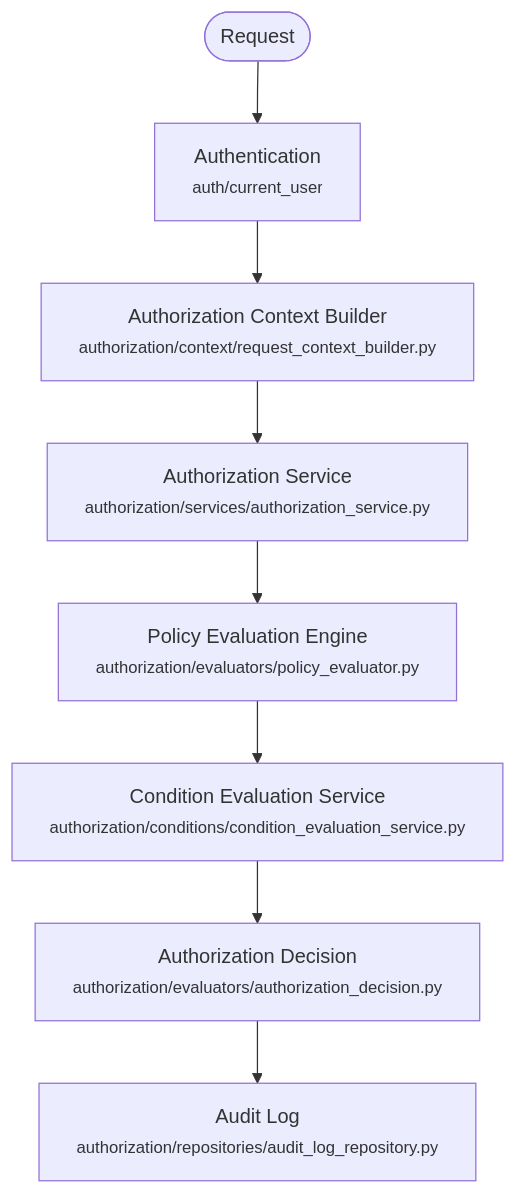
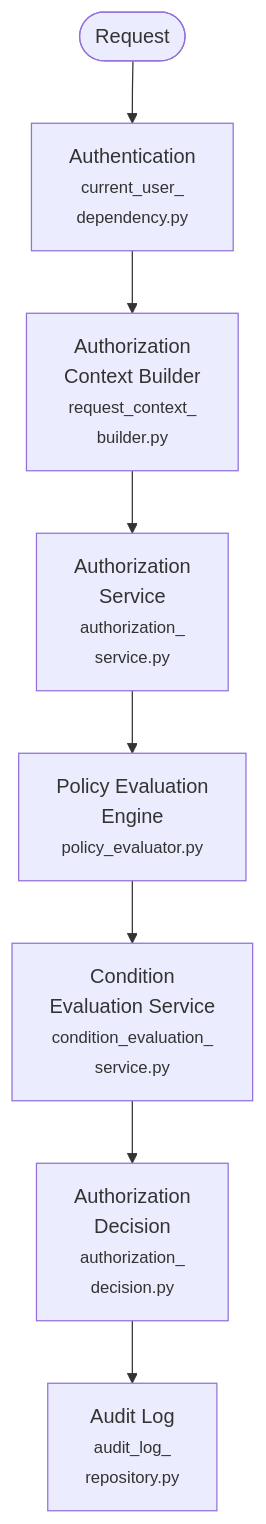
The diagram in docs/mystic_auth/authorization/architecture.md (Nachiket-2024/mystic-auth), drawn with Mermaid before and after one commit. The commit also changed 305 other files, not shown here.

````diff
--- a/docs/mystic_auth/authorization/architecture.md
+++ b/docs/mystic_auth/authorization/architecture.md
@@ -5,13 +5,13 @@
 ```mermaid
 flowchart TD
     Request(["Request"])
-    Auth["Authentication<br/><small>auth/current_user</small>"]
-    Ctx["Authorization Context Builder<br/><small>authorization/context/request_context_builder.py</small>"]
-    Svc["Authorization Service<br/><small>authorization/services/authorization_service.py</small>"]
-    Eng["Policy Evaluation Engine<br/><small>authorization/evaluators/policy_evaluator.py</small>"]
-    Cond["Condition Evaluation Service<br/><small>authorization/conditions/condition_evaluation_service.py</small>"]
-    Dec["Authorization Decision<br/><small>authorization/evaluators/authorization_decision.py</small>"]
-    Log["Audit Log<br/><small>authorization/repositories/audit_log_repository.py</small>"]
+    Auth["Authentication<br/><small>current_user_<br/>dependency.py</small>"]
+    Ctx["Authorization<br/>Context Builder<br/><small>request_context_<br/>builder.py</small>"]
+    Svc["Authorization<br/>Service<br/><small>authorization_<br/>service.py</small>"]
+    Eng["Policy Evaluation<br/>Engine<br/><small>policy_evaluator.py</small>"]
+    Cond["Condition<br/>Evaluation Service<br/><small>condition_evaluation_<br/>service.py</small>"]
+    Dec["Authorization<br/>Decision<br/><small>authorization_<br/>decision.py</small>"]
+    Log["Audit Log<br/><small>audit_log_<br/>repository.py</small>"]
 
     Request --> Auth --> Ctx --> Svc --> Eng --> Cond --> Dec --> Log
 ```
````
